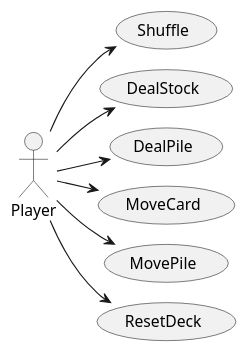
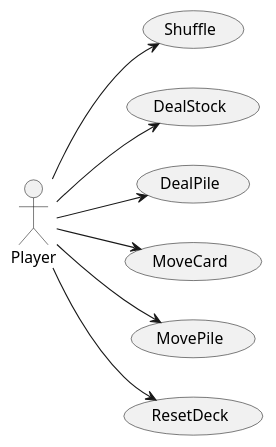
The diagram in 2 Modelo de vistas de caso de uso/Actores y casos de uso.plantuml (AngelOS95P/Maestria_IngSoftware_grupo6), drawn with PlantUML before and after one commit.

Commit message:
Update Actores y casos de uso.plantuml

```diff
--- a/2 Modelo de vistas de caso de uso/Actores y casos de uso.plantuml
+++ b/2 Modelo de vistas de caso de uso/Actores y casos de uso.plantuml
@@ -1,18 +1,18 @@
 @startuml diagrama de Actores y casos de uso
-!pragma layout smetana
 left to right direction
+
 actor Player
 usecase Shuffle
 usecase DealStock
 usecase DealPile
 usecase MoveCard
 usecase MovePile
 usecase ResetDeck
 
 Player --> Shuffle
 Player --> DealStock
 Player --> DealPile
 Player --> MoveCard
 Player --> MovePile
 Player --> ResetDeck
 @enduml
```
